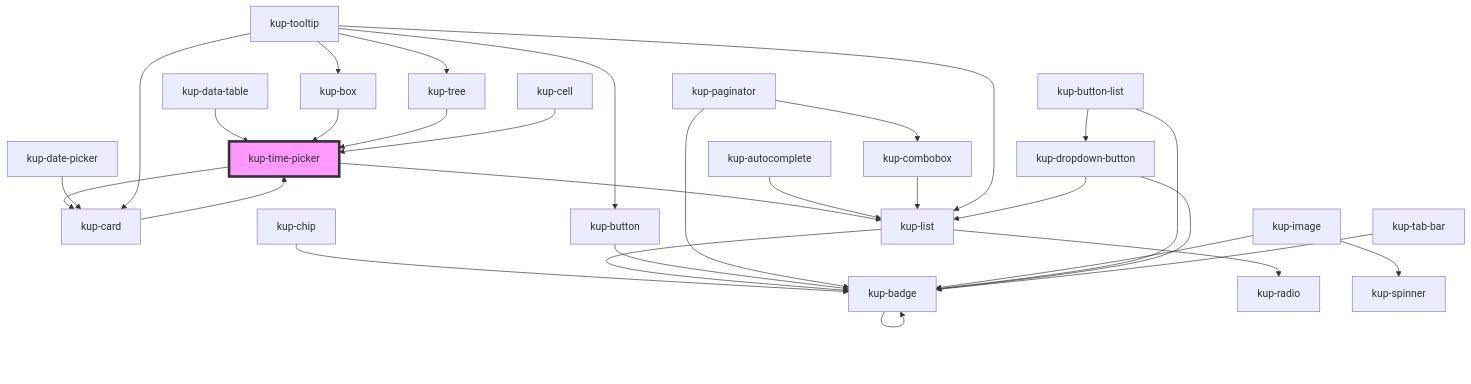
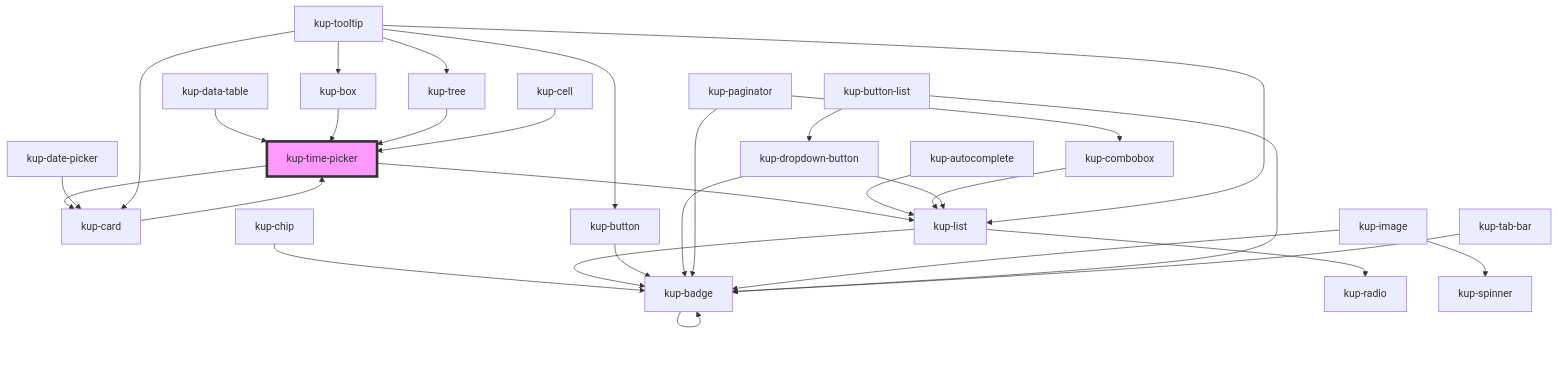
One commit to smeup/ketchup changed the diagram in packages/ketchup/src/components/kup-time-picker/readme.md. Above: the diagram before and after it, drawn with Mermaid. The commit also changed other lines of this file and 18 other files, not shown here.

````diff
--- a/packages/ketchup/src/components/kup-time-picker/readme.md
+++ b/packages/ketchup/src/components/kup-time-picker/readme.md
@@ -113,33 +113,33 @@
 ```mermaid
 graph TD;
   kup-time-picker --> kup-card
   kup-time-picker --> kup-list
   kup-card --> kup-time-picker
   kup-badge --> kup-badge
   kup-chip --> kup-badge
   kup-autocomplete --> kup-list
   kup-list --> kup-radio
   kup-list --> kup-badge
   kup-button --> kup-badge
   kup-combobox --> kup-list
   kup-date-picker --> kup-card
   kup-data-table --> kup-time-picker
+  kup-dropdown-button --> kup-list
+  kup-dropdown-button --> kup-badge
   kup-tooltip --> kup-button
   kup-tooltip --> kup-card
   kup-tooltip --> kup-box
   kup-tooltip --> kup-list
   kup-tooltip --> kup-tree
   kup-box --> kup-time-picker
   kup-paginator --> kup-combobox
   kup-paginator --> kup-badge
   kup-image --> kup-spinner
   kup-image --> kup-badge
   kup-button-list --> kup-dropdown-button
   kup-button-list --> kup-badge
-  kup-dropdown-button --> kup-list
-  kup-dropdown-button --> kup-badge
   kup-tree --> kup-time-picker
   kup-tab-bar --> kup-badge
   kup-cell --> kup-time-picker
   style kup-time-picker fill:#f9f,stroke:#333,stroke-width:4px
 ```
````
